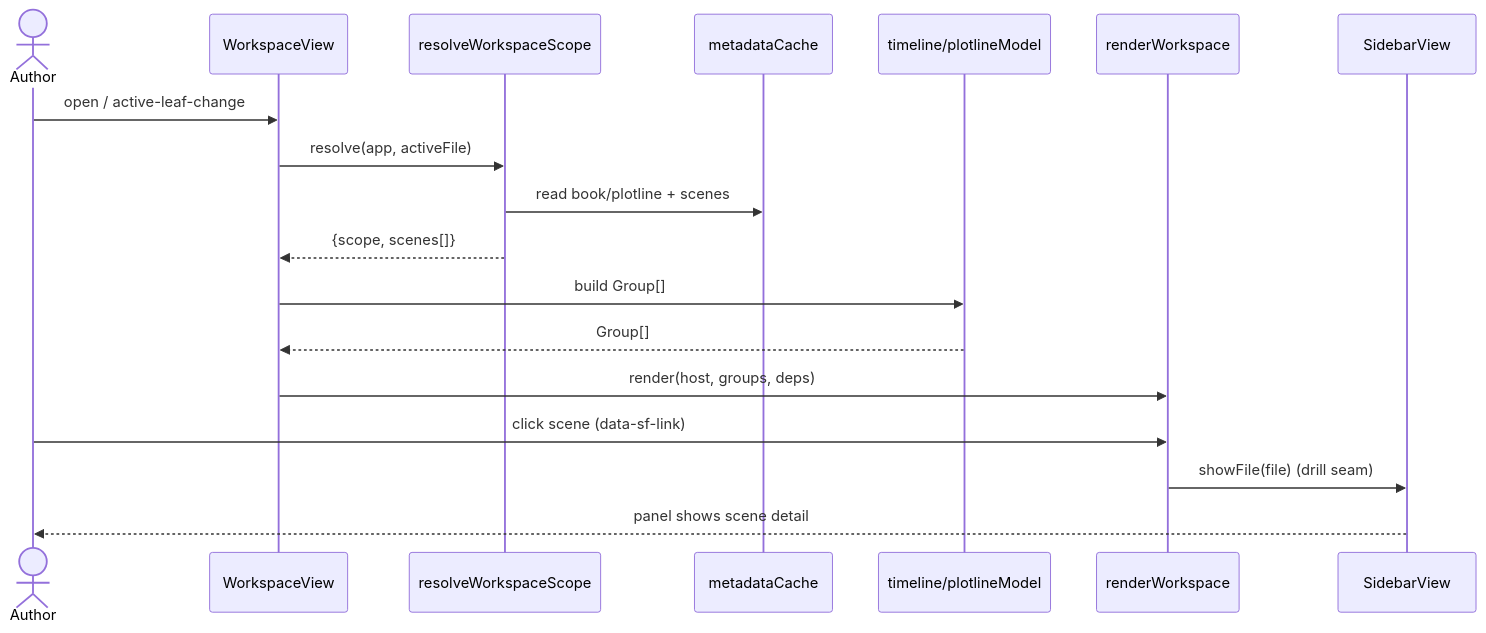
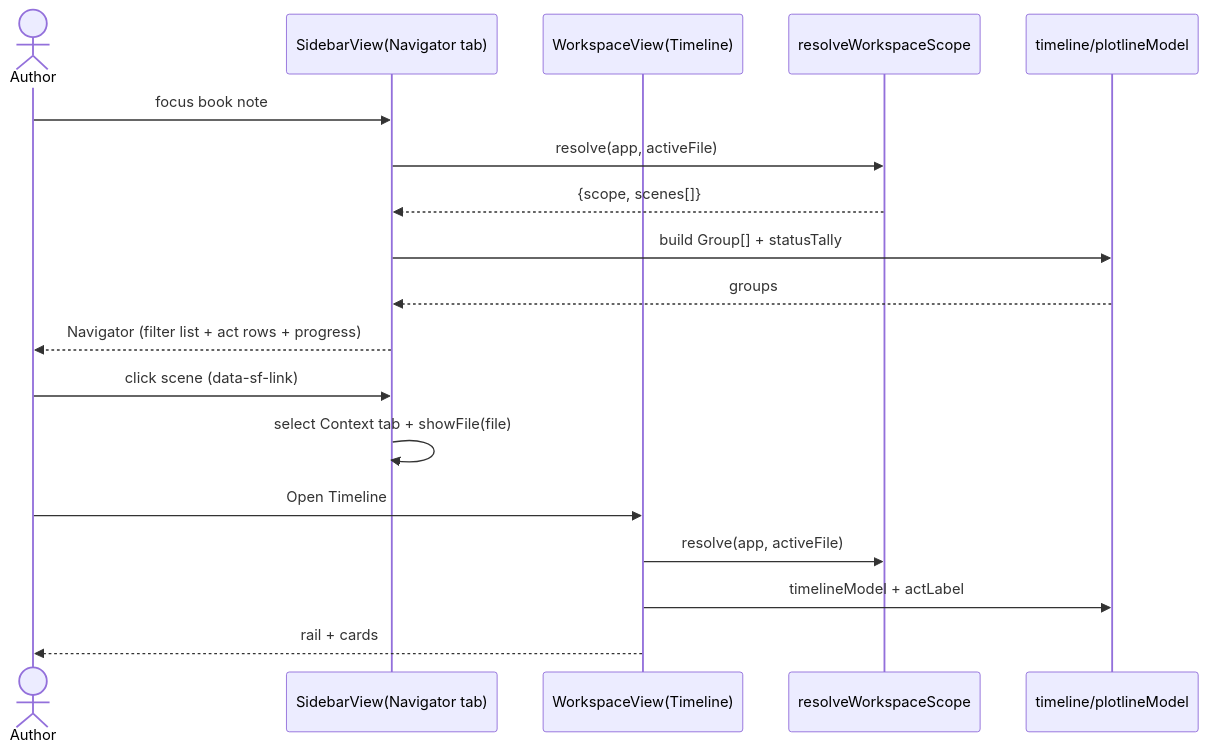
Before and after one commit to MMoMM-org/obsidian-story-forge: the second of 2 diagrams in docs/XDD/specs/006-declarative-views/solution.md, drawn with Mermaid. The commit also changed other lines of this file and 9 other files, not shown here.

First line of the commit message:
docs(spec-006): reground on StoryLine design — Navigator + rail/list

````diff
--- a/docs/XDD/specs/006-declarative-views/solution.md
+++ b/docs/XDD/specs/006-declarative-views/solution.md
@@ -378,20 +444,20 @@
 ```mermaid
 sequenceDiagram
     actor Author
-    participant WV as WorkspaceView
+    participant SB as SidebarView(Navigator tab)
+    participant WV as WorkspaceView(Timeline)
     participant Scope as resolveWorkspaceScope
-    participant MC as metadataCache
     participant Model as timeline/plotlineModel
-    participant R as renderWorkspace
-    participant SB as SidebarView
-    Author->>WV: open / active-leaf-change
+    Author->>SB: focus book note
+    SB->>Scope: resolve(app, activeFile)
+    Scope-->>SB: {scope, scenes[]}
+    SB->>Model: build Group[] + statusTally
+    Model-->>SB: groups
+    SB-->>Author: Navigator (filter list + act rows + progress)
+    Author->>SB: click scene (data-sf-link)
+    SB->>SB: select Context tab + showFile(file)
+    Author->>WV: Open Timeline
     WV->>Scope: resolve(app, activeFile)
-    Scope->>MC: read book/plotline + scenes
-    Scope-->>WV: {scope, scenes[]}
-    WV->>Model: build Group[]
-    Model-->>WV: Group[]
-    WV->>R: render(host, groups, deps)
-    Author->>R: click scene (data-sf-link)
-    R->>SB: showFile(file)  (drill seam)
-    SB-->>Author: panel shows scene detail
+    WV->>Model: timelineModel + actLabel
+    WV-->>Author: rail + cards
 ```
````
